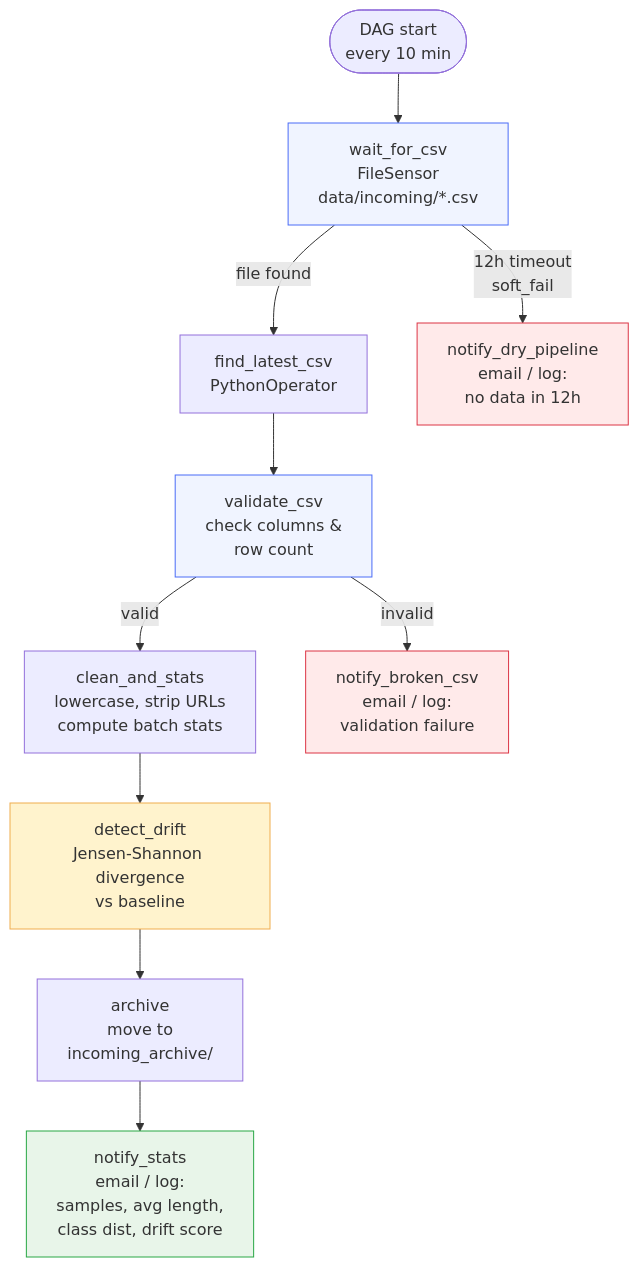
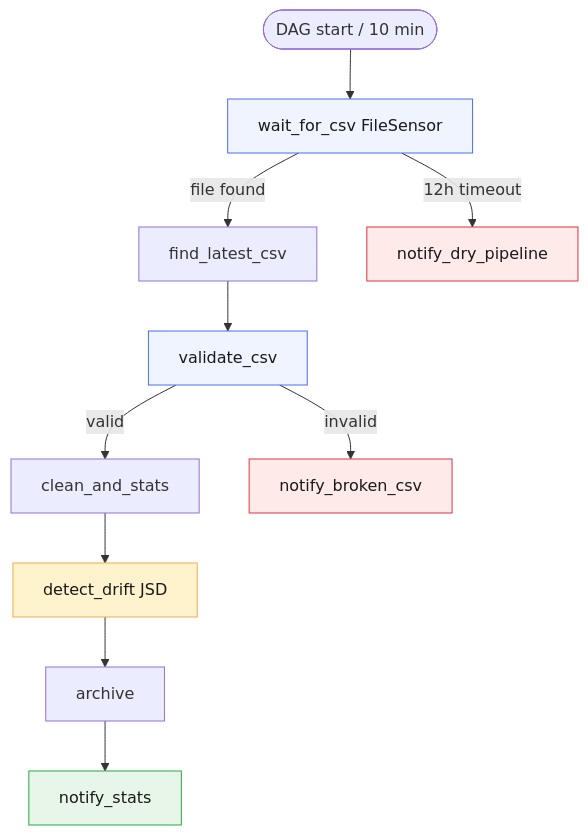
The third of 7 diagrams in docs/architecture.md (YashrajRC/DA5402_MLOPS_ProjectV2), drawn with Mermaid before and after one commit. The commit also changed other lines of this file and 6 other files, not shown here.

````diff
--- a/docs/architecture.md
+++ b/docs/architecture.md
@@ -97,36 +97,36 @@
 ```mermaid
 flowchart TD
-    START([DAG start\nevery 10 min]) --> SENSOR
+    START([DAG start / 10 min]) --> SENSOR
 
-    SENSOR[wait_for_csv\nFileSensor\ndata/incoming/*.csv]
+    SENSOR[wait_for_csv FileSensor]
     SENSOR -->|file found| FIND
-    SENSOR -->|12h timeout\nsoft_fail| DRY
+    SENSOR -->|12h timeout| DRY
 
-    FIND[find_latest_csv\nPythonOperator]
+    FIND[find_latest_csv]
     FIND --> VALIDATE
 
-    VALIDATE[validate_csv\ncheck columns &\nrow count]
+    VALIDATE[validate_csv]
     VALIDATE -->|valid| CLEAN
     VALIDATE -->|invalid| BROKEN
 
-    CLEAN[clean_and_stats\nlowercase, strip URLs\ncompute batch stats]
+    CLEAN[clean_and_stats]
     CLEAN --> DRIFT
 
-    DRIFT[detect_drift\nJensen-Shannon divergence\nvs baseline]
+    DRIFT[detect_drift JSD]
     DRIFT --> ARCHIVE
 
-    ARCHIVE[archive\nmove to\nincoming_archive/]
+    ARCHIVE[archive]
     ARCHIVE --> NOTIFY
 
-    NOTIFY[notify_stats\nemail / log:\nsamples, avg length,\nclass dist, drift score]
+    NOTIFY[notify_stats]
 
-    BROKEN[notify_broken_csv\nemail / log:\nvalidation failure]
-    DRY[notify_dry_pipeline\nemail / log:\nno data in 12h]
+    BROKEN[notify_broken_csv]
+    DRY[notify_dry_pipeline]
 
-    style SENSOR fill:#f0f4ff,stroke:#4a6cf7
-    style VALIDATE fill:#f0f4ff,stroke:#4a6cf7
-    style DRIFT fill:#fff3cd,stroke:#f0ad4e
-    style BROKEN fill:#ffeaea,stroke:#dc3545
-    style DRY fill:#ffeaea,stroke:#dc3545
-    style NOTIFY fill:#e8f5e9,stroke:#28a745
+    style SENSOR fill:#f0f4ff,stroke:#4a6cf7,color:#1a1a1a
+    style VALIDATE fill:#f0f4ff,stroke:#4a6cf7,color:#1a1a1a
+    style DRIFT fill:#fff3cd,stroke:#f0ad4e,color:#1a1a1a
+    style BROKEN fill:#ffeaea,stroke:#dc3545,color:#1a1a1a
+    style DRY fill:#ffeaea,stroke:#dc3545,color:#1a1a1a
+    style NOTIFY fill:#e8f5e9,stroke:#28a745,color:#1a1a1a
 ```
````
